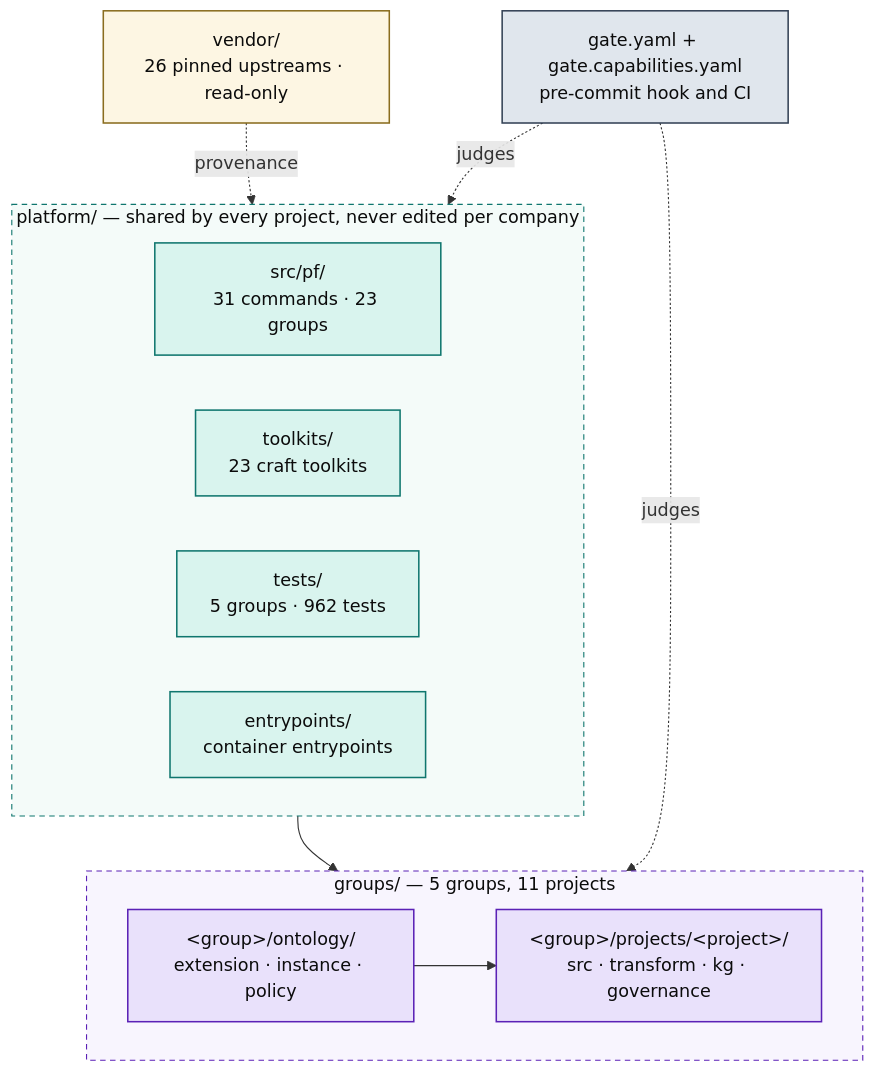
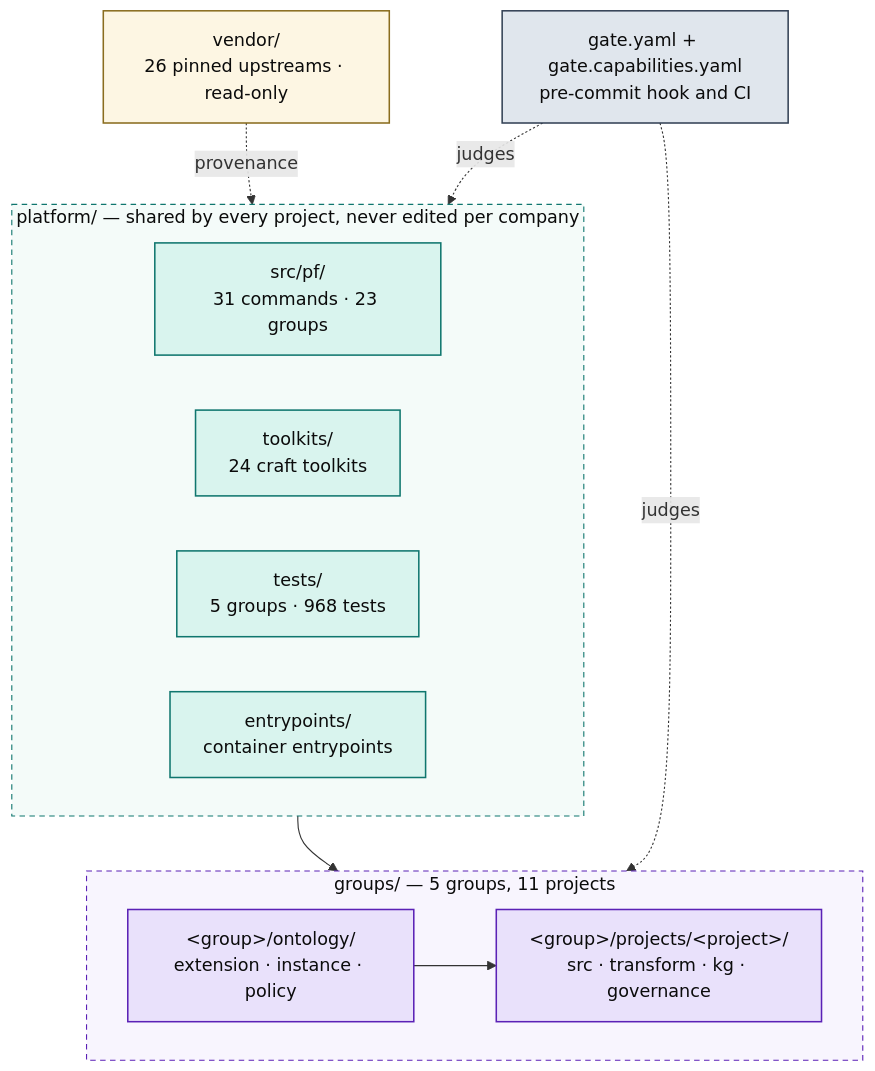
Before and after one commit to Atomz-org/data-platform: the first of 5 diagrams in docs/ARCHITECTURE.md, drawn with Mermaid. The commit also changed other lines of this file and 10 other files, not shown here.

````diff
--- a/docs/ARCHITECTURE.md
+++ b/docs/ARCHITECTURE.md
@@ -15,36 +15,36 @@
 ```mermaid
 flowchart TB
   subgraph SHARED["platform/ — shared by every project, never edited per company"]
     direction LR
     ENG["src/pf/<br/>31 commands · 23 groups"]
-    TK["toolkits/<br/>23 craft toolkits"]
-    TST["tests/<br/>5 groups · 962 tests"]
+    TK["toolkits/<br/>24 craft toolkits"]
+    TST["tests/<br/>5 groups · 968 tests"]
     ENT["entrypoints/<br/>container entrypoints"]
   end
 
   subgraph ENTITIES["groups/ — 5 groups, 11 projects"]
     direction LR
     GRP["&lt;group&gt;/ontology/<br/>extension · instance · policy"]
     PRJ["&lt;group&gt;/projects/&lt;project&gt;/<br/>src · transform · kg · governance"]
     GRP --> PRJ
   end
 
   VEN["vendor/<br/>26 pinned upstreams · read-only"]
   GATE["gate.yaml + gate.capabilities.yaml<br/>pre-commit hook and CI"]
 
   SHARED --> ENTITIES
   VEN -.provenance.-> SHARED
   GATE -.judges.-> ENTITIES
   GATE -.judges.-> SHARED
 
   classDef code fill:#d9f4ee,stroke:#0f766e,stroke-width:1.4px,color:#0b0b0b
   classDef data fill:#e9e1fb,stroke:#5b21b6,stroke-width:1.4px,color:#0b0b0b
   classDef gov fill:#e0e6ed,stroke:#334155,stroke-width:1.4px,color:#0b0b0b
   classDef ext fill:#fdf6e3,stroke:#8a6d1f,stroke-width:1.4px,color:#0b0b0b
   class ENG,TK,TST,ENT code
   class GRP,PRJ data
   class GATE gov
   class VEN ext
   style SHARED fill:#f4fbf9,stroke:#0f766e,stroke-dasharray:5 4,color:#0b0b0b
   style ENTITIES fill:#f8f5fe,stroke:#5b21b6,stroke-dasharray:5 4,color:#0b0b0b
 ```
````
